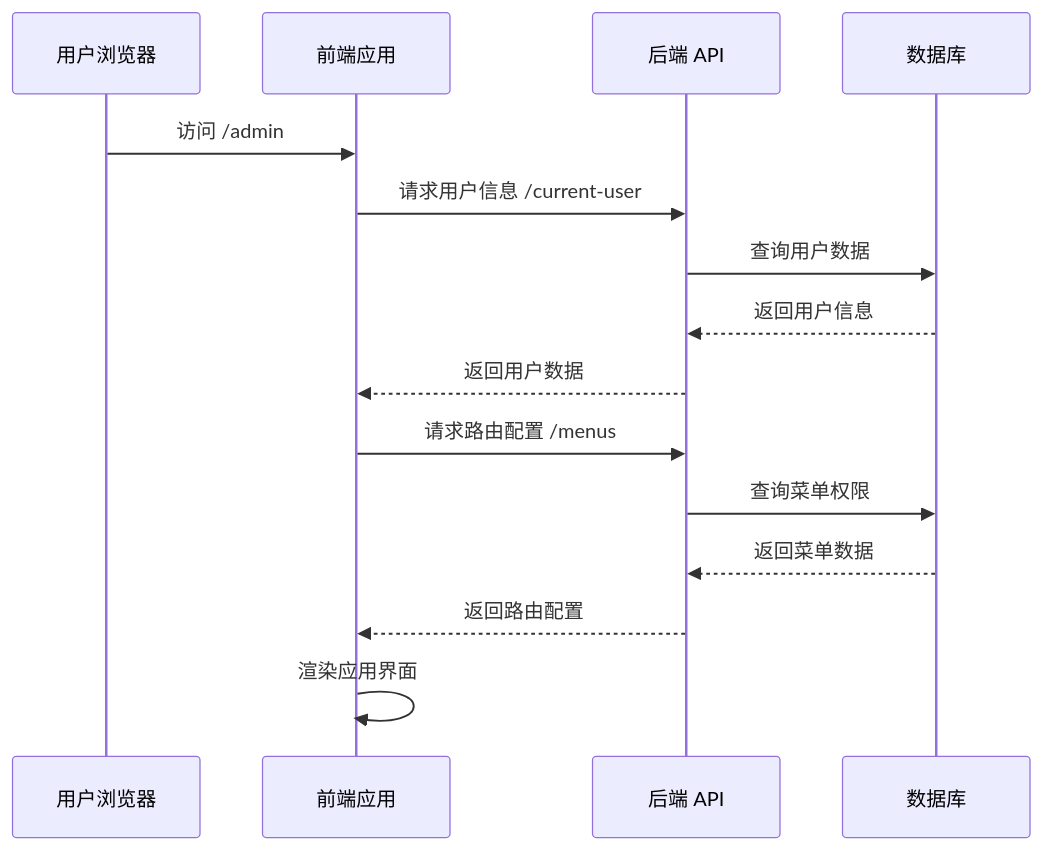
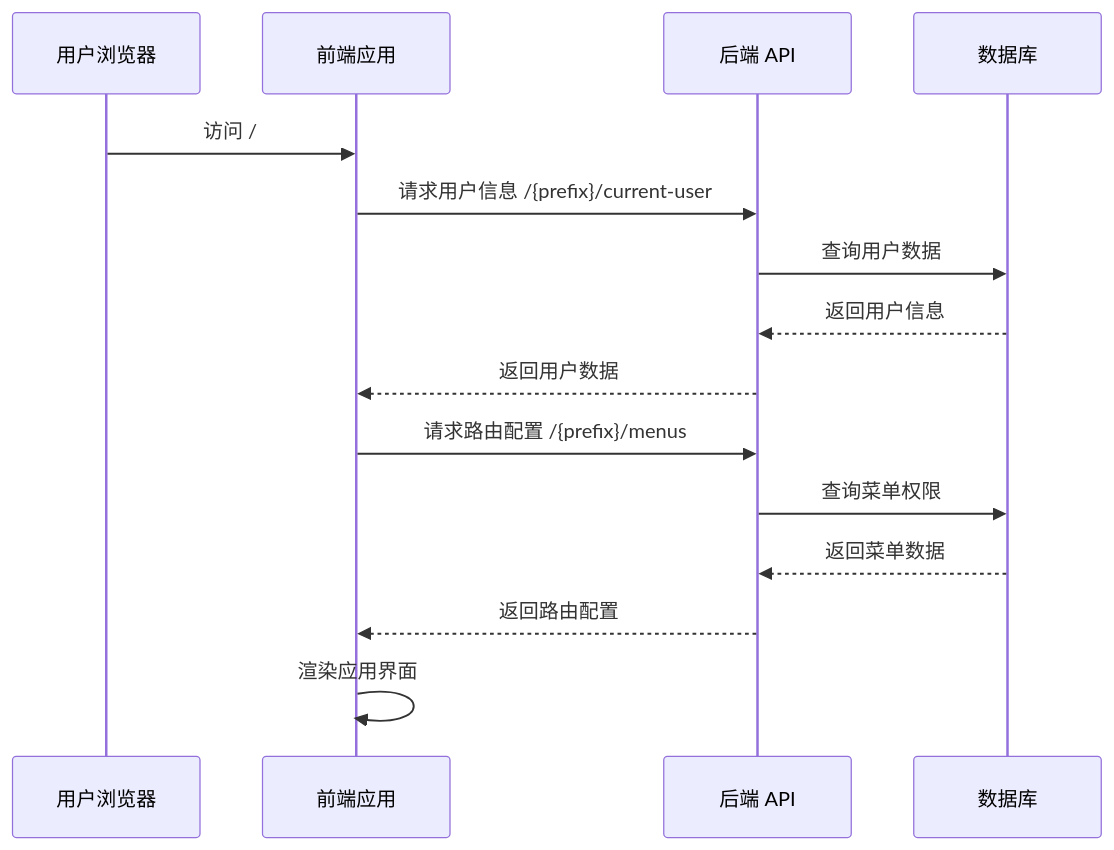
Before and after one commit to owl-admin/docs: the first of 3 diagrams in docs/guide/basic/frame.md, drawn with Mermaid. The commit also changed other lines of this file and 19 other files, not shown here.

````diff
--- a/docs/guide/basic/frame.md
+++ b/docs/guide/basic/frame.md
@@ -41,18 +41,18 @@
 ```mermaid
 sequenceDiagram
     participant U as 用户浏览器
     participant F as 前端应用
     participant B as 后端 API
     participant D as 数据库
 
-    U->>F: 访问 /admin
-    F->>B: 请求用户信息 /current-user
+    U->>F: 访问 /
+    F->>B: 请求用户信息 /{prefix}/current-user
     B->>D: 查询用户数据
     D-->>B: 返回用户信息
     B-->>F: 返回用户数据
-    F->>B: 请求路由配置 /menus
+    F->>B: 请求路由配置 /{prefix}/menus
     B->>D: 查询菜单权限
     D-->>B: 返回菜单数据
     B-->>F: 返回路由配置
     F->>F: 渲染应用界面
 ```
````
